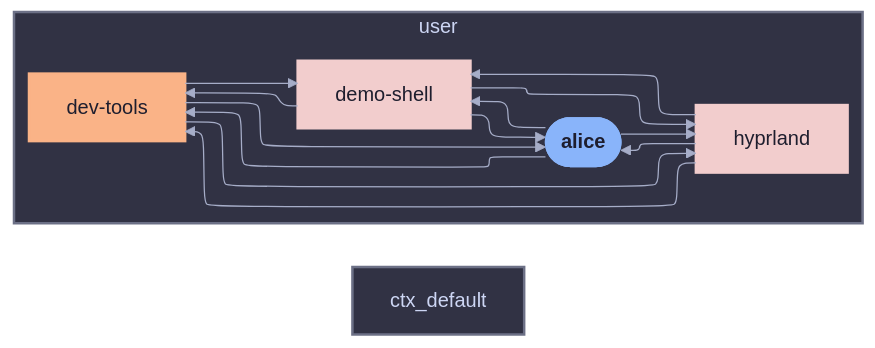
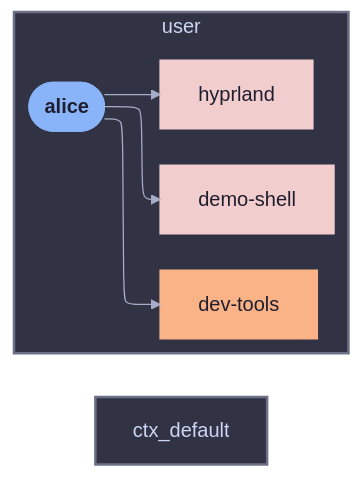
One commit to sini/den changed the diagram in templates/diag-fx-demo/diagrams/angle-brackets-alice-declared.md. Above: the diagram before and after it, drawn with Mermaid. The commit also changed 849 other files, not shown here.

Commit message:
chore: update fx diagrams

````diff
--- a/templates/diag-fx-demo/diagrams/angle-brackets-alice-declared.md
+++ b/templates/diag-fx-demo/diagrams/angle-brackets-alice-declared.md
@@ -5,32 +5,23 @@
 ```mermaid
 %%{init: {"elk":{"mergeEdges":true,"nodePlacementStrategy":"BRANDES_KOEPF"},"layout":"elk","theme":"base","themeVariables":{"activationBkgColor":"#313244","activationBorderColor":"#6c7086","actorBkg":"#313244","actorBorder":"#a6adc8","actorLineColor":"#a6adc8","actorTextColor":"#cdd6f4","background":"#1e1e2e","classText":"#cdd6f4","clusterBkg":"#313244","clusterBorder":"#6c7086","edgeLabelBackground":"#1e1e2e","labelBoxBkgColor":"#313244","labelBoxBorderColor":"#a6adc8","labelTextColor":"#cdd6f4","lineColor":"#a6adc8","loopTextColor":"#cdd6f4","mainBkg":"#313244","nodeBkg":"#313244","nodeBorder":"#a6adc8","nodeTextColor":"#cdd6f4","noteBkgColor":"#313244","noteBorderColor":"#6c7086","noteTextColor":"#cdd6f4","pie1":"#f38ba8","pie2":"#fab387","pie3":"#f9e2af","pie4":"#a6e3a1","pie5":"#94e2d5","pie6":"#89b4fa","pie7":"#cba6f7","pie8":"#f2cdcd","pieLegendTextColor":"#cdd6f4","pieOuterStrokeColor":"#6c7086","pieSectionTextColor":"#cdd6f4","pieStrokeColor":"#6c7086","pieTitleTextColor":"#cdd6f4","primaryBorderColor":"#a6adc8","primaryColor":"#313244","primaryTextColor":"#cdd6f4","secondBkg":"#313244","secondaryBorderColor":"#6c7086","secondaryColor":"#313244","secondaryTextColor":"#cdd6f4","sequenceNumberColor":"#1e1e2e","signalColor":"#a6adc8","signalTextColor":"#cdd6f4","tertiaryBorderColor":"#6c7086","tertiaryColor":"#313244","tertiaryTextColor":"#cdd6f4","textColor":"#cdd6f4","titleColor":"#cdd6f4"}}}%%
 graph LR
   alice([alice]):::root
 
   subgraph ctx_user["user"]
   demo_shell["demo-shell"]:::demo_shell_c
   dev_tools["dev-tools"]:::dev_tools_c
   hyprland["hyprland"]:::hyprland_c
   alice --> demo_shell
   alice --> dev_tools
   alice --> hyprland
-  demo_shell --> hyprland
-  demo_shell --> alice
-  demo_shell --> dev_tools
-  dev_tools --> alice
-  dev_tools --> demo_shell
-  dev_tools --> hyprland
-  hyprland --> dev_tools
-  hyprland --> alice
-  hyprland --> demo_shell
   end
 
 
   classDef root fill:#89b4fa,stroke:#89b4fa,color:#1e1e2e,font-weight:bold
   classDef alice_c fill:#f2cdcd,stroke:#f2cdcd,color:#1e1e2e,stroke-width:2px
   classDef demo_shell_c fill:#f2cdcd,stroke:#f2cdcd,color:#1e1e2e,stroke-width:2px
   classDef dev_tools_c fill:#fab387,stroke:#fab387,color:#1e1e2e,stroke-width:2px
   classDef hyprland_c fill:#f2cdcd,stroke:#f2cdcd,color:#1e1e2e,stroke-width:2px
 style ctx_user fill:#313244,stroke:#6c7086,stroke-width:2px
 style ctx_default fill:#313244,stroke:#6c7086,stroke-width:2px
 ```
````
